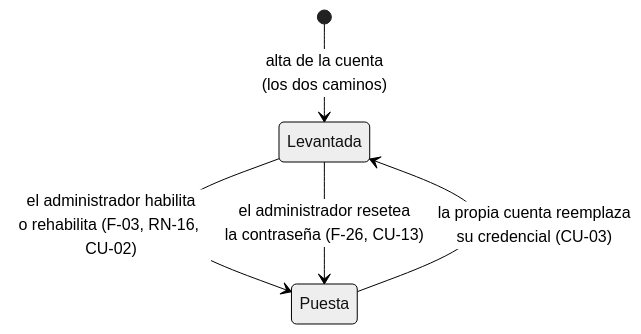
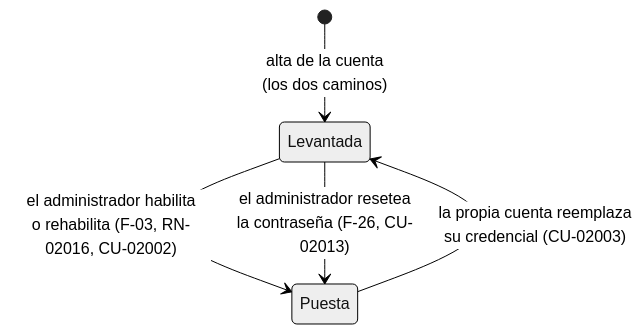
One commit to hdcm-dev/Lab-Geometria changed the fourth of 4 diagrams in SDD/Docs/Proyectos/GeometriaFactory-Domain/02-Especificacion-Funcional/Definicion-Modelo-De-Dominio.md. Above: the diagram before and after it, drawn with Mermaid (neutral theme). The commit also changed other lines of this file and 938 other files, not shown here.

````diff
--- a/SDD/Docs/Proyectos/GeometriaFactory-Domain/02-Especificacion-Funcional/Definicion-Modelo-De-Dominio.md
+++ b/SDD/Docs/Proyectos/GeometriaFactory-Domain/02-Especificacion-Funcional/Definicion-Modelo-De-Dominio.md
@@ -326,7 +326,7 @@
 ```mermaid
 stateDiagram-v2
     [*] --> Levantada: alta de la cuenta<br/>(los dos caminos)
-    Levantada --> Puesta: el administrador habilita<br/>o rehabilita (F-03, RN-16, CU-02)
-    Levantada --> Puesta: el administrador resetea<br/>la contraseña (F-26, CU-13)
-    Puesta --> Levantada: la propia cuenta reemplaza<br/>su credencial (CU-03)
+    Levantada --> Puesta: el administrador habilita<br/>o rehabilita (F-03, RN-02016, CU-02002)
+    Levantada --> Puesta: el administrador resetea<br/>la contraseña (F-26, CU-02013)
+    Puesta --> Levantada: la propia cuenta reemplaza<br/>su credencial (CU-02003)
 ```
````
